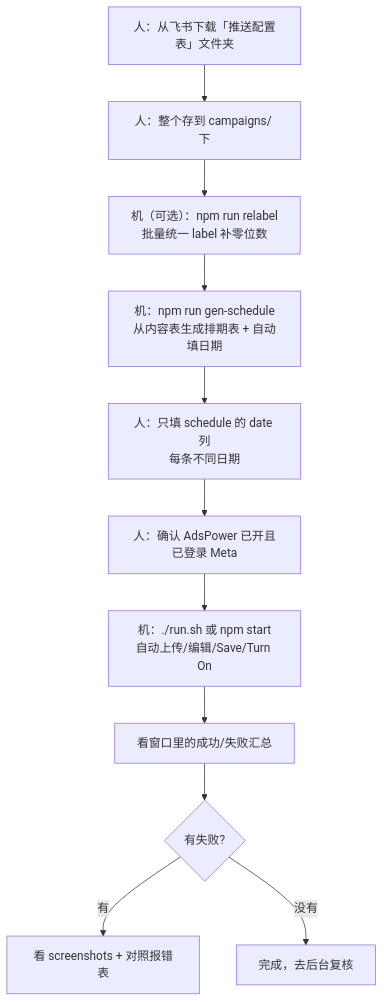
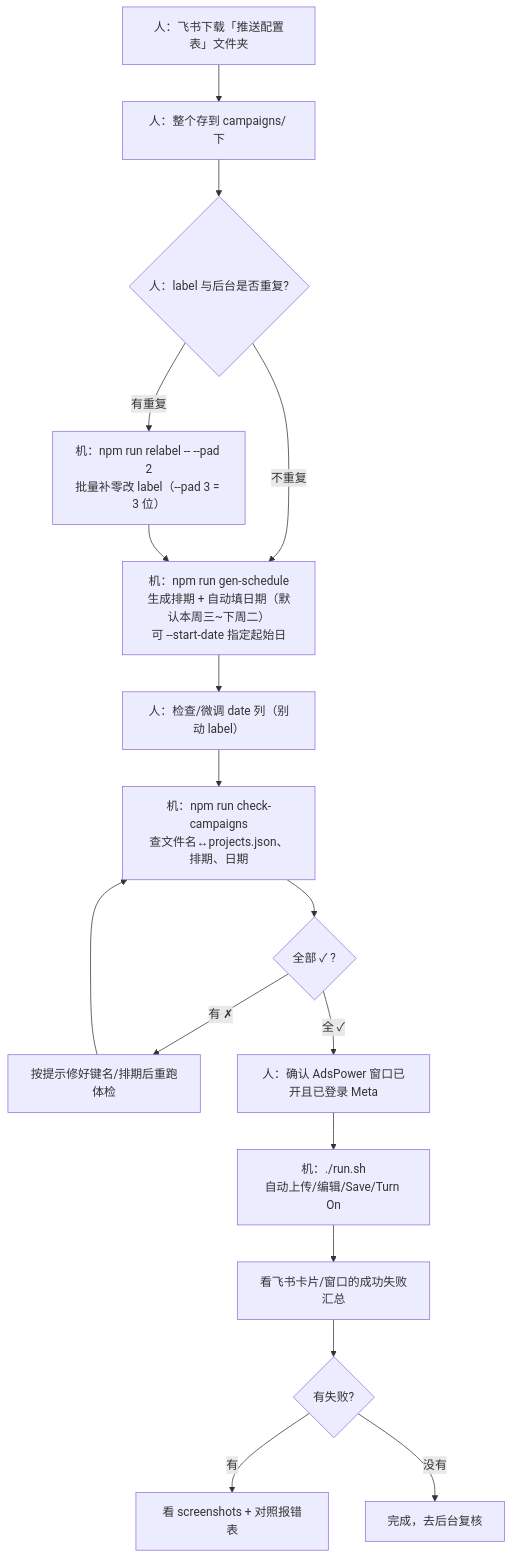
One commit to wan88888/fbgame-notification-automation changed the diagram in docs/flow.mmd. Above: the diagram before and after it, drawn with Mermaid. The commit also changed 5 other files, not shown here.

```diff
--- a/docs/flow.mmd
+++ b/docs/flow.mmd
@@ -1,11 +1,17 @@
 flowchart TD
-    A[人：从飞书下载「推送配置表」文件夹] --> B["人：整个存到 campaigns/ 下"]
-    B --> B2["机（可选）：npm run relabel<br/>批量统一 label 补零位数"]
-    B2 --> C[机：npm run gen-schedule<br/>从内容表生成排期表 + 自动填日期]
-    C --> D["人：只填 schedule 的 date 列<br/>每条不同日期"]
-    D --> H[人：确认 AdsPower 已开且已登录 Meta]
-    H --> I[机：./run.sh 或 npm start<br/>自动上传/编辑/Save/Turn On]
-    I --> J[看窗口里的成功/失败汇总]
+    A[人：飞书下载「推送配置表」文件夹] --> B["人：整个存到 campaigns/ 下"]
+    B --> C{人：label 与后台是否重复?}
+    C -->|有重复| C1["机：npm run relabel -- --pad 2<br/>批量补零改 label（--pad 3 = 3 位）"]
+    C -->|不重复| D
+    C1 --> D["机：npm run gen-schedule<br/>生成排期 + 自动填日期（默认本周三~下周二）<br/>可 --start-date 指定起始日"]
+    D --> E["人：检查/微调 date 列（别动 label）"]
+    E --> F["机：npm run check-campaigns<br/>查文件名↔projects.json、排期、日期"]
+    F --> G{全部 ✓ ?}
+    G -->|有 ✗| F1[按提示修好键名/排期后重跑体检]
+    F1 --> F
+    G -->|全 ✓| H[人：确认 AdsPower 窗口已开且已登录 Meta]
+    H --> I[机：./run.sh<br/>自动上传/编辑/Save/Turn On]
+    I --> J[看飞书卡片/窗口的成功失败汇总]
     J --> K{有失败?}
     K -->|有| L[看 screenshots + 对照报错表]
     K -->|没有| M[完成，去后台复核]
```
